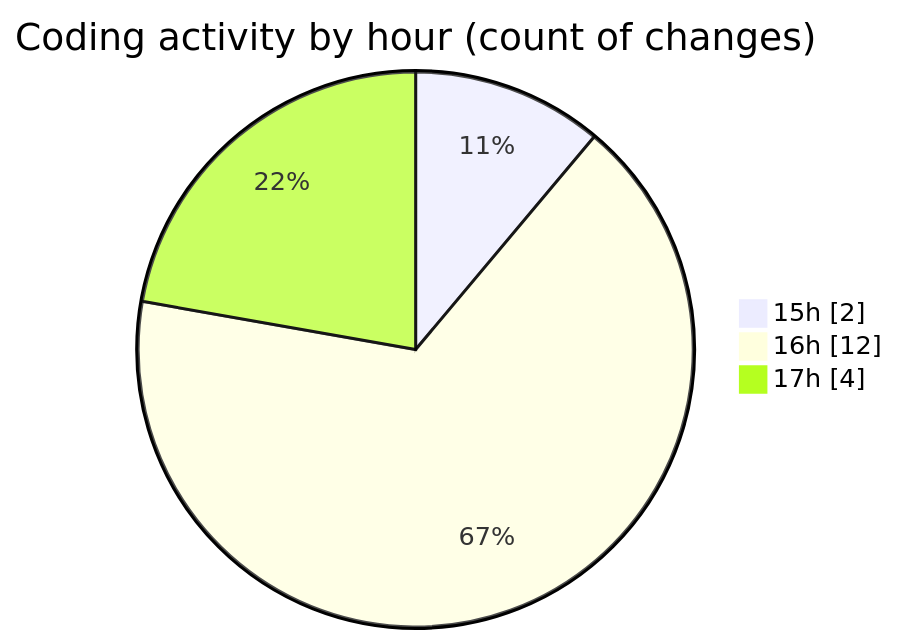
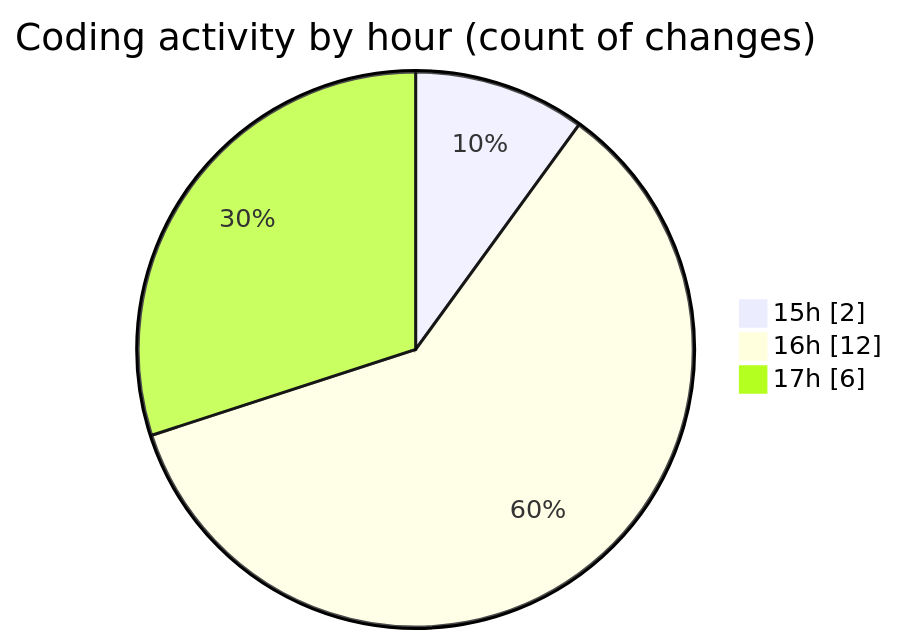
The second of 2 diagrams in 2025-10-19/weather_insights_app/README.md (donsfak/code-tracking), drawn with Mermaid before and after one commit. The commit also changed other lines of this file and 1 other file, not shown here.

````diff
--- a/2025-10-19/weather_insights_app/README.md
+++ b/2025-10-19/weather_insights_app/README.md
@@ -38,7 +40,7 @@
 ```mermaid
 pie showData
 title Coding activity by hour (count of changes)
 "15h" : 2
 "16h" : 12
-"17h" : 4
+"17h" : 6
 ```
````
